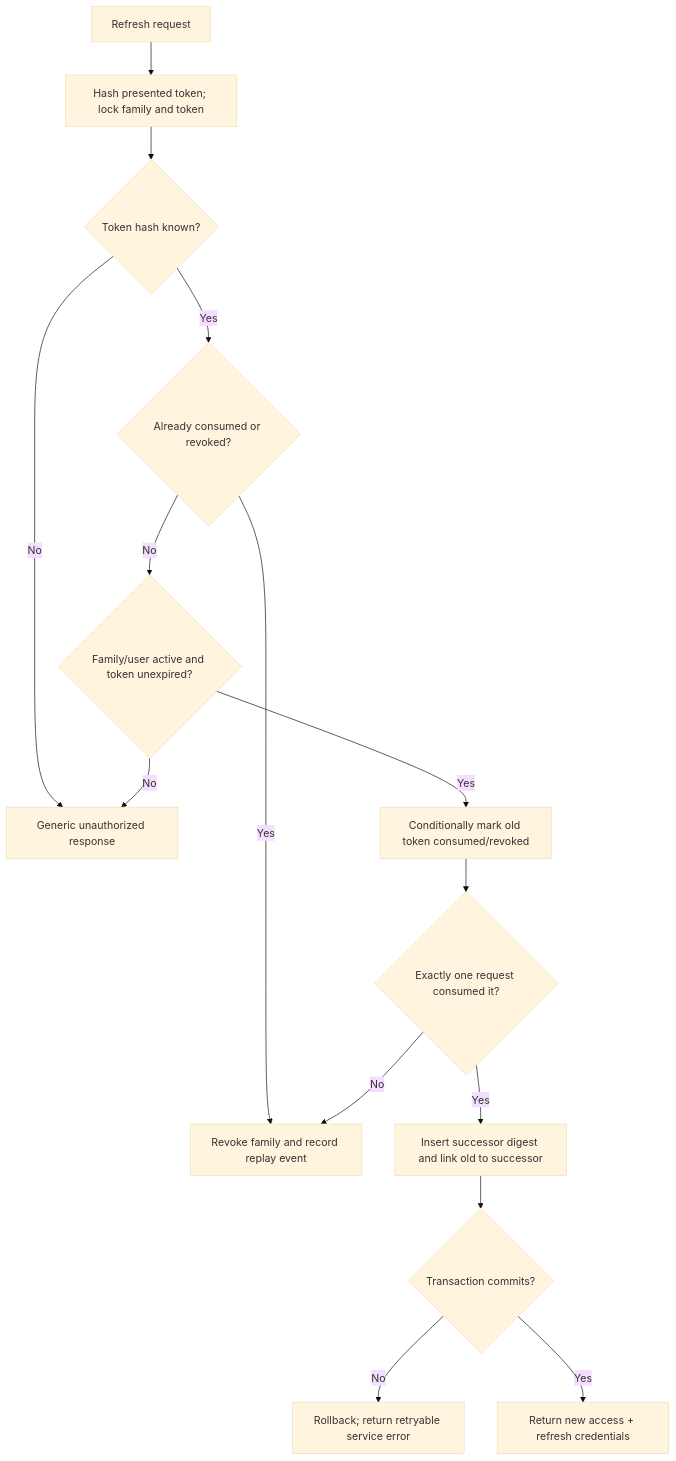
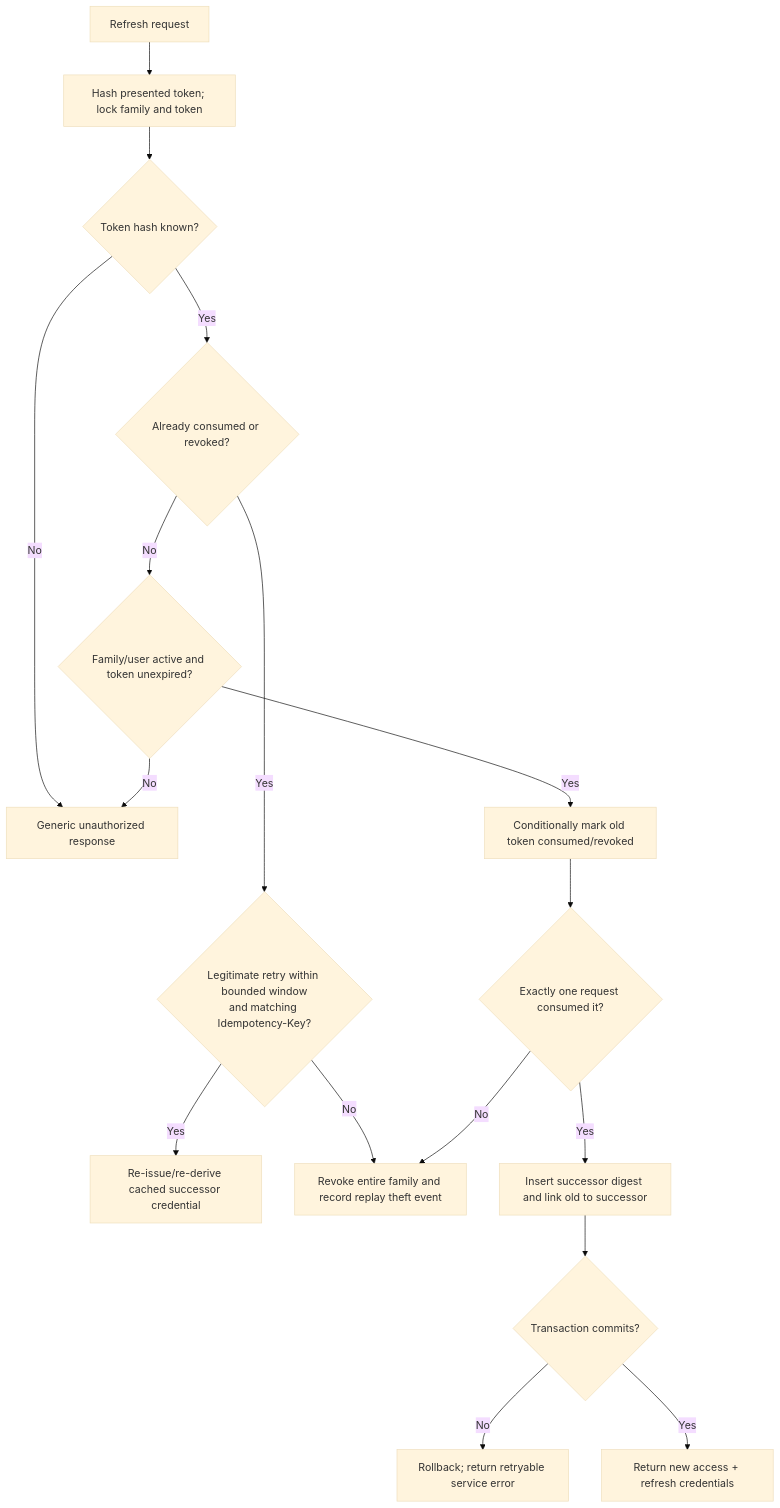
One commit to Nikhil1081/AuraClave changed the fourth of 5 diagrams in docs/milestone-1/M1_3_AUTHENTICATION_MIGRATION_DESIGN.md. Above: the diagram before and after it, drawn with Mermaid (base theme). The commit also changed other lines of this file and 28 other files, not shown here.

````diff
--- a/docs/milestone-1/M1_3_AUTHENTICATION_MIGRATION_DESIGN.md
+++ b/docs/milestone-1/M1_3_AUTHENTICATION_MIGRATION_DESIGN.md
@@ -222,17 +272,19 @@
 ```mermaid
 flowchart TD
     Start["Refresh request"] --> Lookup["Hash presented token; lock family and token"]
     Lookup --> Known{"Token hash known?"}
     Known -- "No" --> Reject["Generic unauthorized response"]
     Known -- "Yes" --> Used{"Already consumed or revoked?"}
-    Used -- "Yes" --> Replay["Revoke family and record replay event"]
+    Used -- "Yes" --> RetryCheck{"Legitimate retry within bounded window<br/>and matching Idempotency-Key?"}
+    RetryCheck -- "Yes" --> ReturnCached["Re-issue/re-derive cached successor credential"]
+    RetryCheck -- "No" --> Replay["Revoke entire family and record replay theft event"]
     Used -- "No" --> Eligible{"Family/user active and token unexpired?"}
     Eligible -- "No" --> Reject
     Eligible -- "Yes" --> Consume["Conditionally mark old token consumed/revoked"]
     Consume --> Success{"Exactly one request consumed it?"}
     Success -- "No" --> Replay
     Success -- "Yes" --> Insert["Insert successor digest and link old to successor"]
     Insert --> Commit{"Transaction commits?"}
     Commit -- "No" --> Rollback["Rollback; return retryable service error"]
     Commit -- "Yes" --> Return["Return new access + refresh credentials"]
 ```
````
